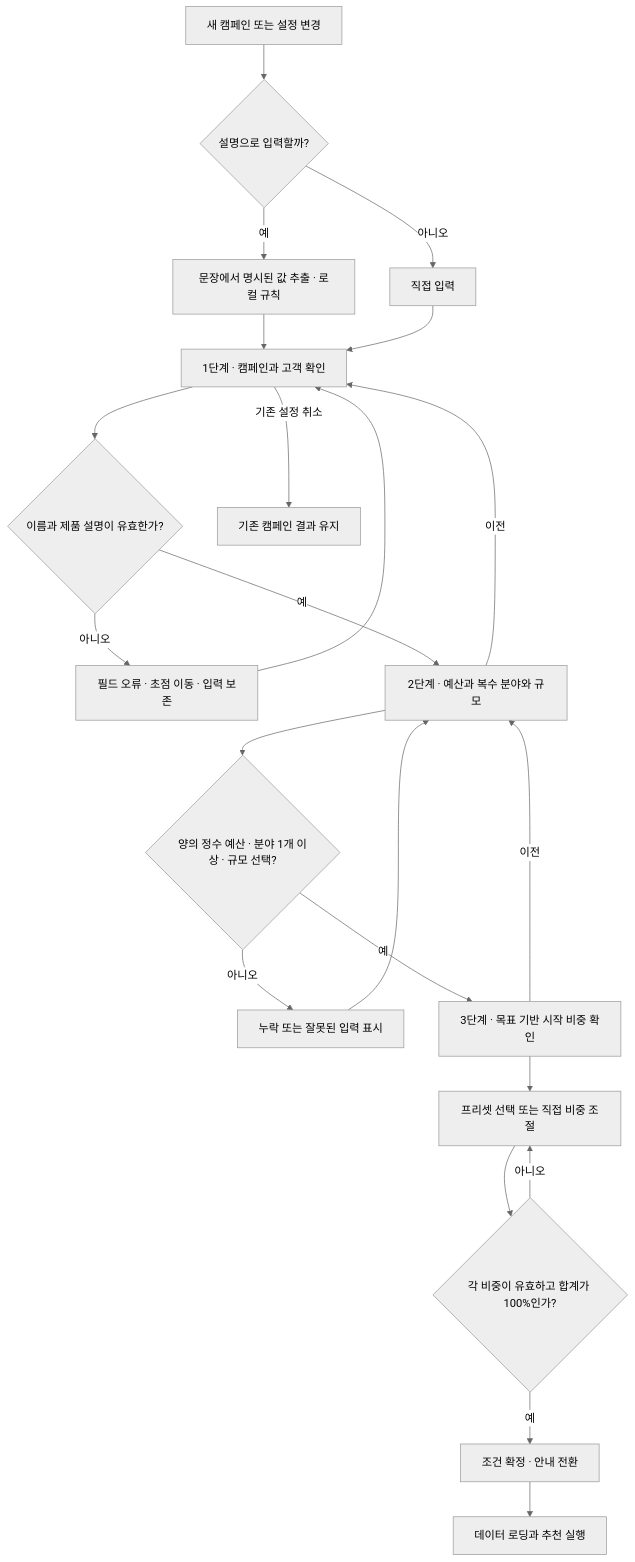
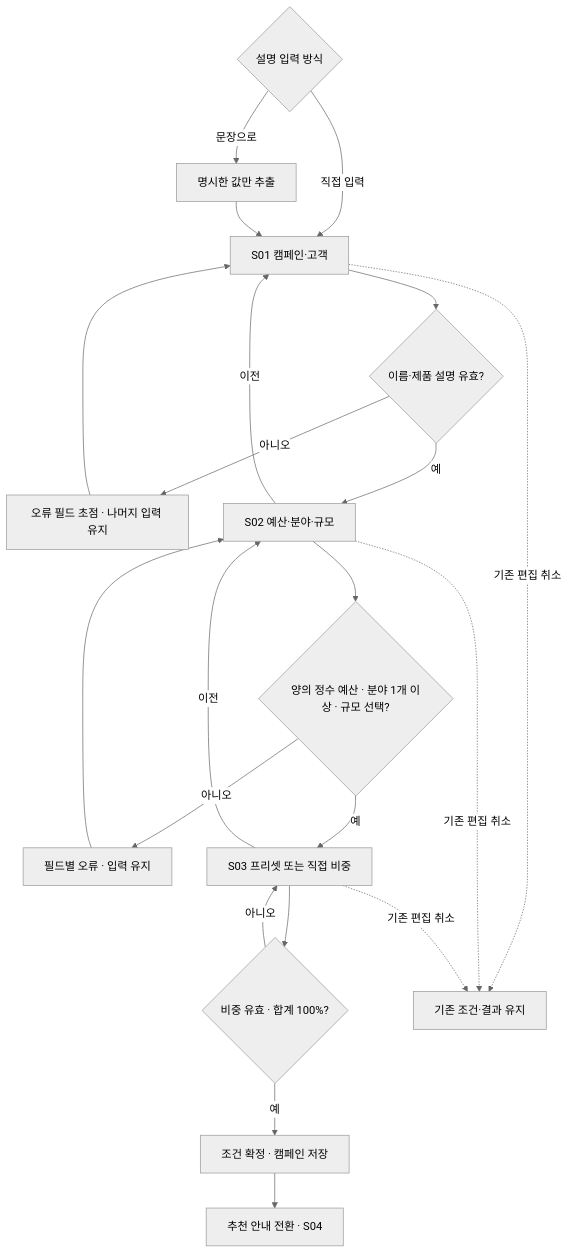
The second of 7 diagrams in flowchart.md (vk2commits/creator-match), drawn with Mermaid (neutral theme) before and after one commit. The commit also changed other lines of this file and 10 other files, not shown here.

````diff
--- a/flowchart.md
+++ b/flowchart.md
@@ -7,24 +34,23 @@
 ```mermaid
 flowchart TD
-    A["새 캠페인 또는 설정 변경"] --> B{"설명으로 입력할까?"}
-    B -->|예| C["문장에서 명시된 값 추출 · 로컬 규칙"]
-    B -->|아니오| D["직접 입력"]
-    C --> E["1단계 · 캠페인과 고객 확인"]
-    D --> E
-    E --> F{"이름과 제품 설명이 유효한가?"}
-    F -->|아니오| G["필드 오류 · 초점 이동 · 입력 보존"]
-    G --> E
-    F -->|예| H["2단계 · 예산과 복수 분야와 규모"]
-    H --> I{"양의 정수 예산 · 분야 1개 이상 · 규모 선택?"}
-    I -->|아니오| J["누락 또는 잘못된 입력 표시"]
-    J --> H
-    I -->|예| K["3단계 · 목표 기반 시작 비중 확인"]
-    K --> L["프리셋 선택 또는 직접 비중 조절"]
-    L --> M{"각 비중이 유효하고 합계가 100%인가?"}
-    M -->|아니오| L
-    M -->|예| N["조건 확정 · 안내 전환"]
-    N --> O["데이터 로딩과 추천 실행"]
-    H -->|이전| E
-    K -->|이전| H
-    E -->|기존 설정 취소| P["기존 캠페인 결과 유지"]
+    A{"설명 입력 방식"} -->|문장으로| B["명시한 값만 추출"]
+    A -->|직접 입력| C["S01 캠페인·고객"]
+    B --> C
+    C --> D{"이름·제품 설명 유효?"}
+    D -->|아니오| E["오류 필드 초점 · 나머지 입력 유지"]
+    E --> C
+    D -->|예| F["S02 예산·분야·규모"]
+    F --> G{"양의 정수 예산 · 분야 1개 이상 · 규모 선택?"}
+    G -->|아니오| H["필드별 오류 · 입력 유지"]
+    H --> F
+    G -->|예| I["S03 프리셋 또는 직접 비중"]
+    I --> J{"비중 유효 · 합계 100%?"}
+    J -->|아니오| I
+    J -->|예| K["조건 확정 · 캠페인 저장"]
+    K --> L["추천 안내 전환 · S04"]
+    F -->|이전| C
+    I -->|이전| F
+    C -.->|기존 편집 취소| X["기존 조건·결과 유지"]
+    F -.->|기존 편집 취소| X
+    I -.->|기존 편집 취소| X
 ```
````
